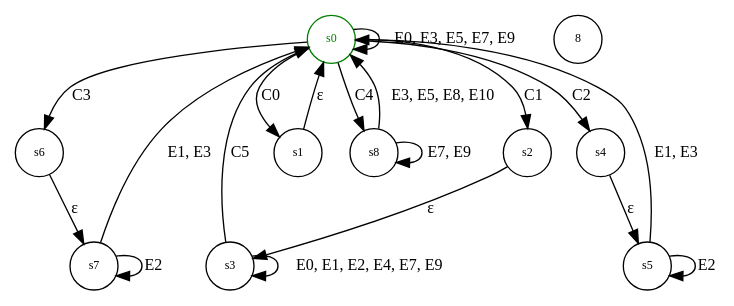
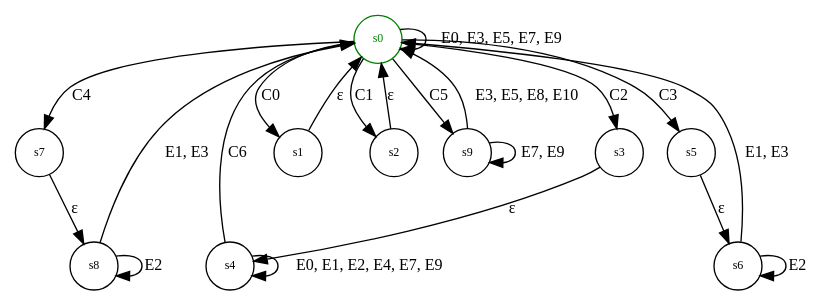
One commit to eidolonsystems/clipped_table changed the diagram in source/state_machine_row_selection.gv. Above: the diagram before and after it, drawn with Graphviz. The commit also changed 2 other files, not shown here.

```diff
--- a/source/state_machine_row_selection.gv
+++ b/source/state_machine_row_selection.gv
@@ -1,169 +1,174 @@
 
 digraph ColumnResizing{
   node [shape = circle, fontsize = 9];
   edge [ fontsize = 12];
 
   s0 [label="s0" color = green, fontcolor = green,];
-  s6 [label="s6"];
   s7 [label="s7"];
-  s2 [label="s2"];
+  s8 [label="s8"];
   s3 [label="s3"];
   s4 [label="s4"];
   s5 [label="s5"];
+  s6 [label="s6"];
 
   s0 -> s0 [label = "E0, E3, E5, E7, E9"];
-  s0 -> s1 [label = "C0"];
-  s1 -> s0 [label = "&#949;"];
-  s0 -> s6 [label = "C3"];
+  s0 -> s1 [label = "C0"]
+  s1 -> s0 [label = "&#949;"]
   s0 -> s2 [label = "C1"];
-  s0 -> s4 [label = "C2"];
-  s6 -> s7 [label = "&#949;"];
-  s7 -> s7 [label = "E2"];
-  s7 -> s0 [label = "E1, E3" ];
-  s2 -> s3 [label = "&#949;"]8
-  s3 -> s3 [label = "E0, E1, E2, E4, E7, E9"];
-  s3 -> s0 [label = "C5"];
-  s4 -> s5 [label = "&#949;"];
-  s5 -> s0 [label = "E1, E3"];
-  s5 -> s5 [label = "E2"];
-  s0 -> s8 [label = "C4"];
-  s8 -> s8 [label = "E7, E9"];
-  s8 -> s0 [label = "E3, E5, E8, E10"];
+  s2 -> s0 [label = "&#949;"];
+  s0 -> s7 [label = "C4"];
+  s0 -> s3 [label = "C2"];
+  s0 -> s5 [label = "C3"];
+  s7 -> s8 [label = "&#949;"];
+  s8 -> s8 [label = "E2"];
+  s8 -> s0 [label = "E1, E3" ];
+  s3 -> s4 [label = "&#949;"];
+  s4 -> s4 [label = "E0, E1, E2, E4, E7, E9"];
+  s4 -> s0 [label = "C6"];
+  s5 -> s6 [label = "&#949;"];
+  s6 -> s0 [label = "E1, E3"];
+  s6 -> s6 [label = "E2"];
+  s0 -> s9 [label = "C5"];
+  s9 -> s9 [label = "E7, E9"];
+  s9 -> s0 [label = "E3, E5, E8, E10"];
 }
 
 /**
 Parameters:
 originalTable (TableModel) - The model which is having its rows selected.
 
 Fields:
 selectedRows (ArrayTableModel) 
   - The model that keeps track of which rows are selected
 highlightedRow (number) - The row currently highlighted
 previousRow (number) - The last row that was current
 currentRow (number) - The row the mouse is currently inside or 
   that the keyboard is focued on
 isShiftDown (boolean) - Keeps trackXX of if SHIFT is down
 isCtrlDown (boolean) - Keeps track of if CTRL is down
 isMouseDown (boolean) - Keeps track of the left mouse button
 isUpDown (boolean) - Keeps track of if the up key is down
 isDownDown (boolean) - Keeps track of if the down key is down
 isAdding (boolean) - Keeps track of if rows should be added
 
 Initialization:
 selectedRows = new ArrayTableModel()
 for(row in OriginalTable) {
   selectedRows.add([false]);
 }
 if(originalTable.rowCount > 0) {
   add row 0 to selectedRows
 }
 hilightedRow = 0
 previousRow = 0
 currentRow = 0
 isShiftDown = false
 isCtrlDown = false
 isMouseDown = false
 isUpDown = false
 isDownDown = false
 isAdding = true
 
 States:
 s0: Starting state.
   if(!isMouseDown && !this.isDownDown && !this.isUpDown) {
     this.currentRow = this.hilightedRow;
   }
 s1:
-  this.hilightedRow = 0;
+  hilightedRow = currentRow
+s2:
+  hilightedRow = 0;
   selectedRows = clear all true values
-s2:
+s3:
   selectedRows = clear all true values
   previousRow = highlightedRow
   isAdding = true;
-s3: 
+s4: 
   if(currentRow >= previousRow && currentRow >= highlightedRow
       || currentRow <= previousRow && currentRow <= highlightedRow) {
     add rows from previousRow to currentRow
   } else {
     remove rows from previousRow to currentRow
   }
-s4:
+s5:
   highlightedRow = currentRow
   previousRow = highlightedRow
   if(current in selected[]) {
     isAdding = false;
   } else {
     isAdding = true;
   }
-s5:
+s6:
   if(isAdding) {
     if(currentRow >= previousRow && currentRow >= highlightedRow
         || currentRow <= previousRow && currentRow <= highlightedRow) {
       add rows from previousRow to currentRow
     } else {
       remove rows from previousRow to currentRow
     }
   } else {
     if(currentRow >= previousRow && currentRow >= highlightedRow
         || currentRow <= previousRow && currentRow <= highlightedRow) {
       add rows from previousRow to currentRow
     } else {
       remove rows from previousRow to currentRow
     }
   }
-s6:
+s7:
   selectedRows = clear all true values
   isAdding = true
   highlightedRow = currentRow
   previousRow = highlightedRow
   
-s7:
+s8:
   if(currentRow >= previousRow && currentRow >= highlightedRow
       || currentRow <= previousRow && currentRow <= highlightedRow) {
     add rows from previousRow to currentRow
   } else {
     remove rows from previousRow to currentRow
   }
-s8:
+s9:
   selectedRows = clear all true values
   highlightedRow = currentRow
   add hilightedRow to selectedRows
 
 Conditions:
-C0: hilightedRow === -1 && (isUpDown || isDownDown)
-C1: isShiftDown && (isMouseDown || isUpDown || isDownDown)
-C2: isCtrlDown && isMouseDown
-C3: !isShiftDown && !isCtrlDown && isMouseDown
-C4: !isShiftDown && !isCtrlDown && (isUpDown || isDownDown)
-C5: !isMouseDown && !isShiftDown
+C0: hilightedRow === -1 && (isMouseDown)
+C1: hilightedRow === -1 && (isUpDown || isDownDown)
+C2: isShiftDown && (isMouseDown || isUpDown || isDownDown)
+C3: isCtrlDown && isMouseDown
+C4: !isShiftDown && !isCtrlDown && isMouseDown
+C5: !isShiftDown && !isCtrlDown && (isUpDown || isDownDown)
+C6: !isMouseDown && !isShiftDown
 
 Events:
 E0: Mouse Down
   isMouseDown = true
   currentRow = row
 E1: Mouse Up
   isMouseDown = false
 E2: Mouse Enters a row ()
   if(isMouseDown): 
     currentRow = row
 E3: Shift Down
   isShiftDown = true
 E4: Shift Up
   isShiftDown = false
 E5: Ctrl Down
   isCtrlDown = true
 E6: Ctrl Up
   isCtrlDown = false
 E7: Up Button Down
   isUpDown = true
   if (currentRow != 0 && !isMouseDown):
     currentRow = currentRow - 1
 E8: Up Button Up
   isUpDown = false
 E9: Down Button Down
   isDownDown = true
   if(currentRow < selectedtable && !isMouseDown) {
     currentRow = currentRow + 1
   }
 E10: Down Button Up
    isDownDown = false
 */
```
